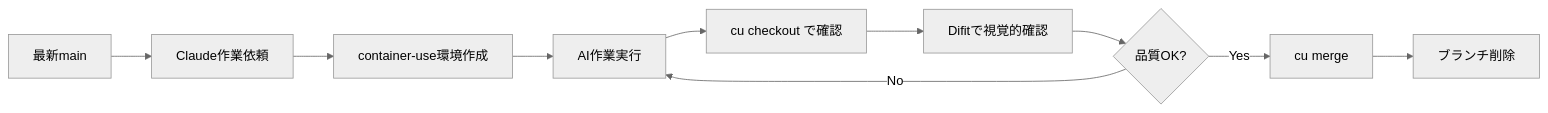
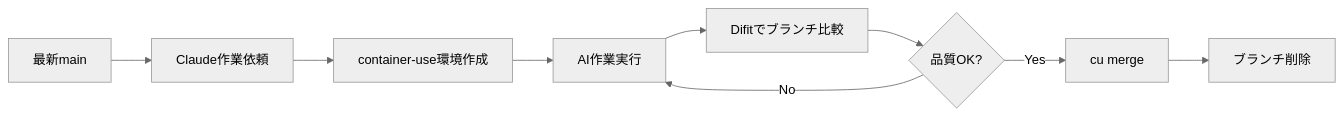
One commit to kshiva1126/container-use-practice changed the diagram in README.md. Above: the diagram before and after it, drawn with Mermaid (neutral theme). The commit also changed other lines of this file, not shown here.

````diff
--- a/README.md
+++ b/README.md
@@ -125,12 +125,11 @@
 ```mermaid
 graph LR
     A[最新main] --> B[Claude作業依頼]
     B --> C[container-use環境作成]
     C --> D[AI作業実行]
-    D --> E[cu checkout で確認]
-    E --> F[Difitで視覚的確認]
-    F --> G{品質OK?}
-    G -->|No| D
-    G -->|Yes| H[cu merge]
-    H --> I[ブランチ削除]
+    D --> E[Difitでブランチ比較]
+    E --> F{品質OK?}
+    F -->|No| D
+    F -->|Yes| G[cu merge]
+    G --> H[ブランチ削除]
 ```
````
